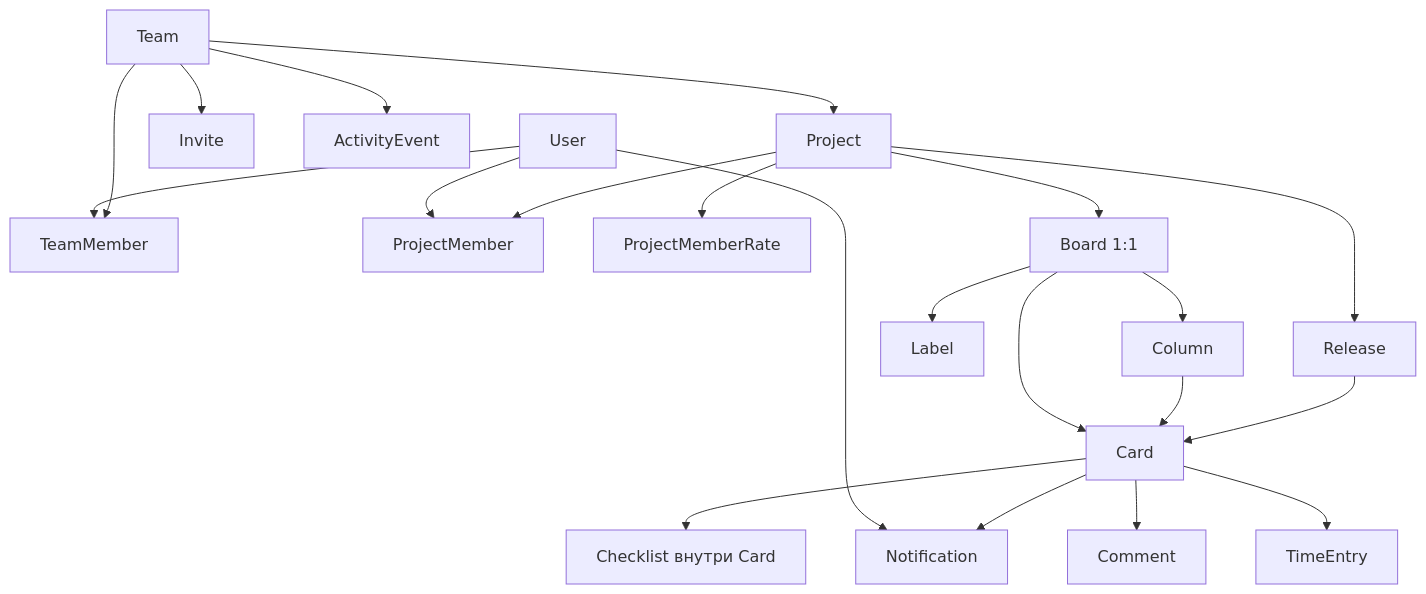
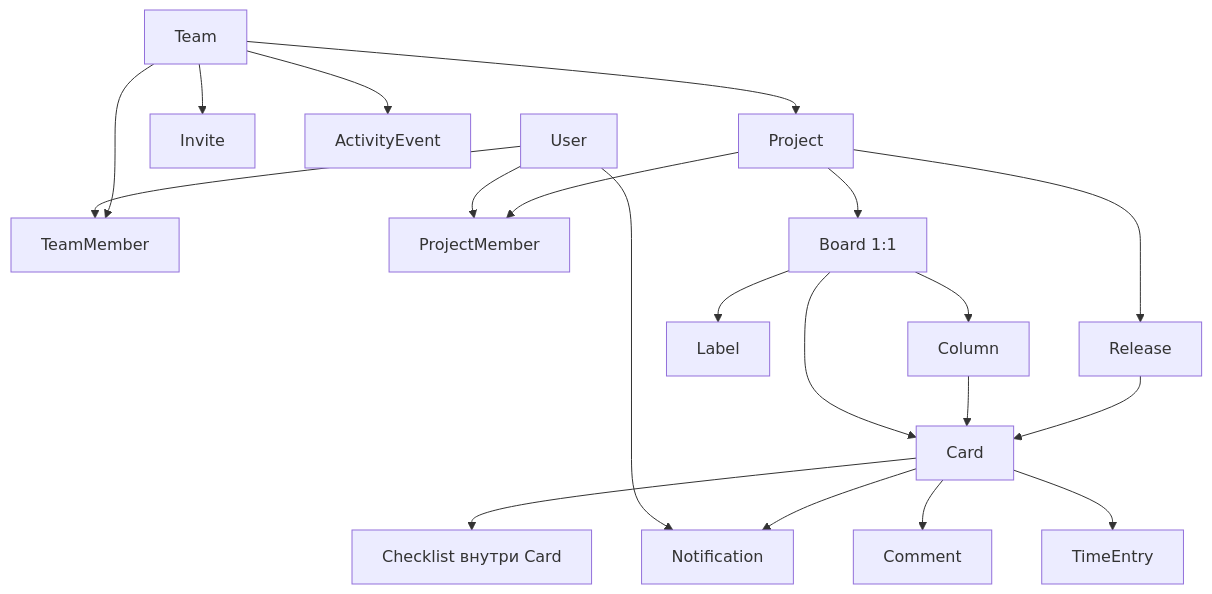
Before and after one commit to shamilfrontend/taskmaster: the third of 4 diagrams in docs/README.md, drawn with Mermaid. The commit also changed other lines of this file and 42 other files, not shown here.

````diff
--- a/docs/README.md
+++ b/docs/README.md
@@ -63,41 +63,39 @@
 ```mermaid
 flowchart TB
   User[User]
   Team[Team]
   TeamMember[TeamMember]
   Invite[Invite]
   Activity[ActivityEvent]
   Project[Project]
   ProjectMember[ProjectMember]
-  MemberRate[ProjectMemberRate]
   Board[Board 1:1]
   Column[Column]
   Label[Label]
   Card[Card]
   Release[Release]
   TimeEntry[TimeEntry]
   Comment[Comment]
   Notification[Notification]
   Checklist[Checklist внутри Card]
 
   User --> TeamMember
   Team --> TeamMember
   Team --> Invite
   Team --> Activity
   Team --> Project
   User --> ProjectMember
   User --> Notification
   Project --> ProjectMember
-  Project --> MemberRate
   Project --> Board
   Project --> Release
   Board --> Column
   Board --> Label
   Board --> Card
   Column --> Card
   Release --> Card
   Card --> TimeEntry
   Card --> Comment
   Card --> Notification
   Card --> Checklist
 ```
````
